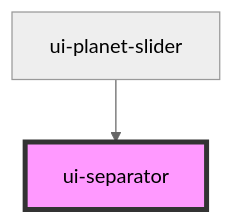
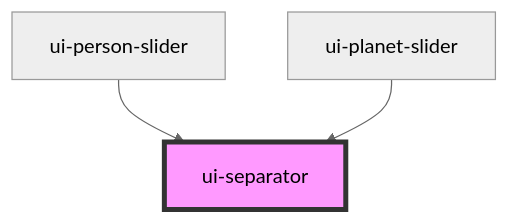
The diagram in packages/core-components/src/components/atoms/ui-separator/readme.md (rosalesponcer/space-tourism), drawn with Mermaid (neutral theme) before and after one commit. The commit also changed other lines of this file and 59 other files, not shown here.

````diff
--- a/packages/core-components/src/components/atoms/ui-separator/readme.md
+++ b/packages/core-components/src/components/atoms/ui-separator/readme.md
@@ -15,5 +16,6 @@
 ```mermaid
 graph TD;
+  ui-person-slider --> ui-separator
   ui-planet-slider --> ui-separator
   style ui-separator fill:#f9f,stroke:#333,stroke-width:4px
 ```
````
